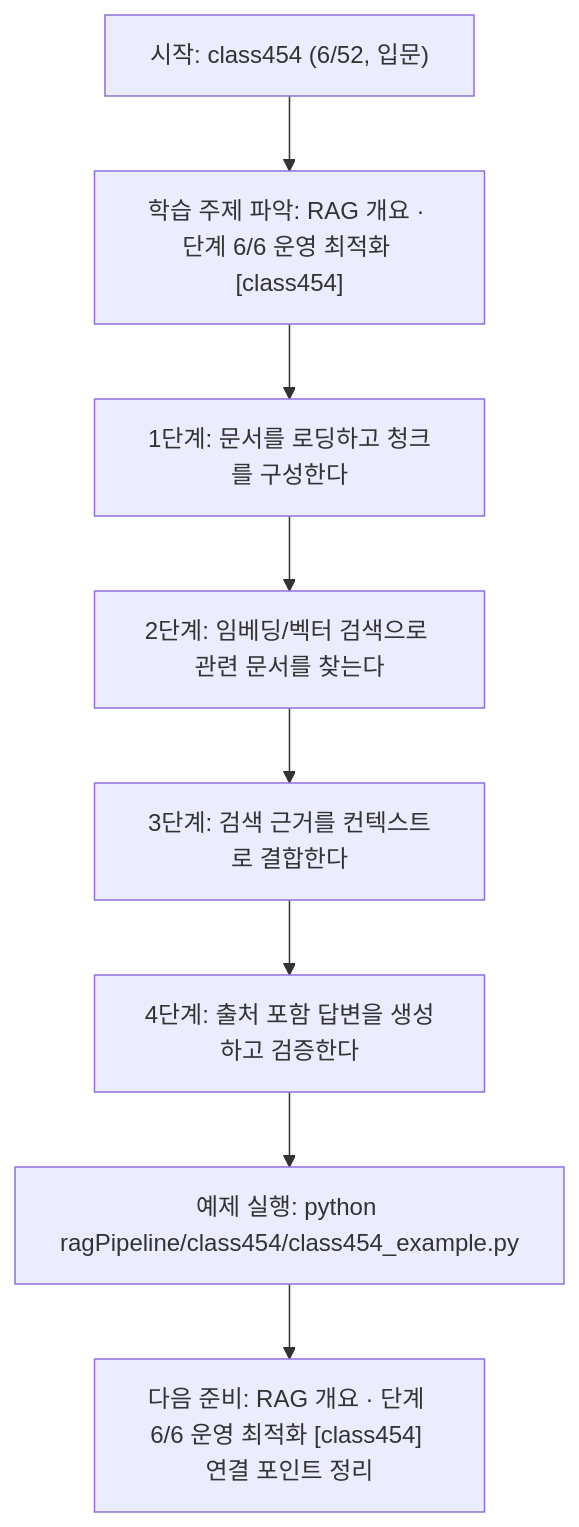
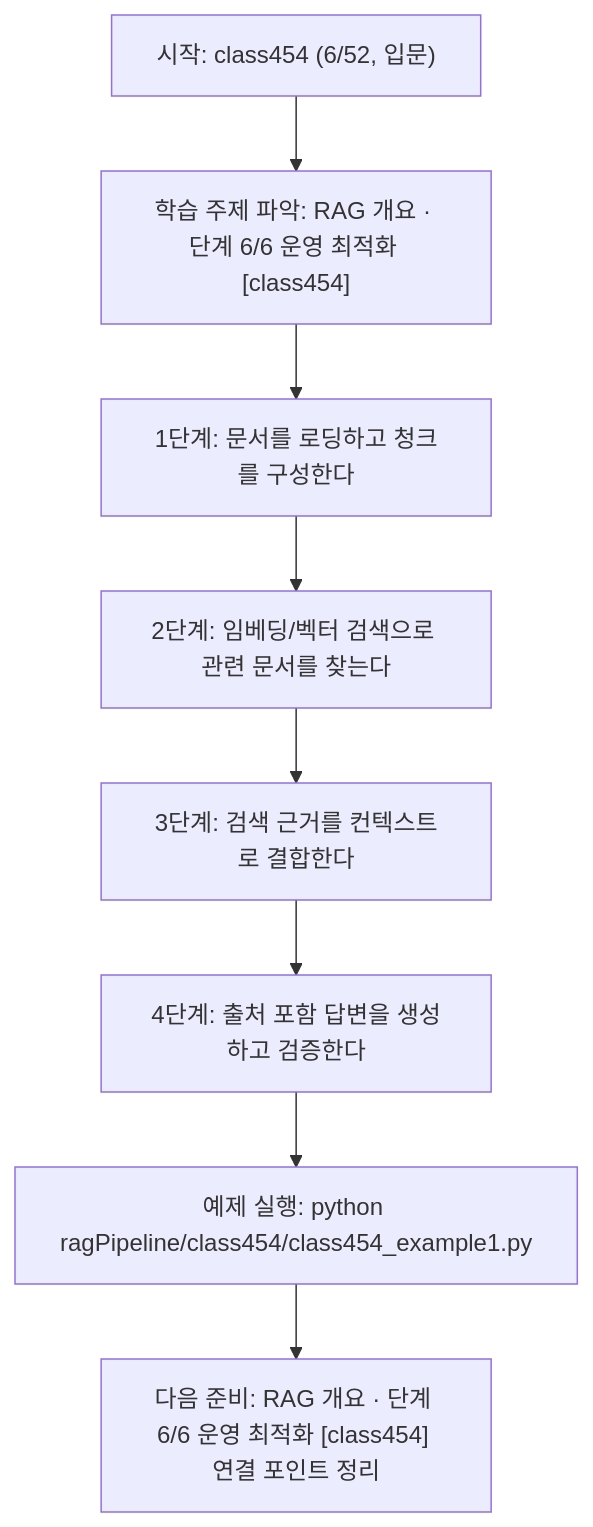
Before and after one commit to edumgt/Python-AI_Agent-Class: the diagram in ragPipeline/class454/class454.md, drawn with Mermaid. The commit also changed other lines of this file and 2959 other files, not shown here.

````diff
--- a/ragPipeline/class454/class454.md
+++ b/ragPipeline/class454/class454.md
@@ -110,18 +110,18 @@
 ```mermaid
 flowchart TD
 N1["시작: class454 (6/52, 입문)"]
 N2["학습 주제 파악: RAG 개요 · 단계 6/6 운영 최적화 [class454]"]
 N3["1단계: 문서를 로딩하고 청크를 구성한다"]
 N4["2단계: 임베딩/벡터 검색으로 관련 문서를 찾는다"]
 N5["3단계: 검색 근거를 컨텍스트로 결합한다"]
 N6["4단계: 출처 포함 답변을 생성하고 검증한다"]
-N7["예제 실행: python ragPipeline/class454/class454_example.py"]
+N7["예제 실행: python ragPipeline/class454/class454_example1.py"]
 N8["다음 준비: RAG 개요 · 단계 6/6 운영 최적화 [class454] 연결 포인트 정리"]
 N1 --> N2
 N2 --> N3
 N3 --> N4
 N4 --> N5
 N5 --> N6
 N6 --> N7
 N7 --> N8
 ```
````
